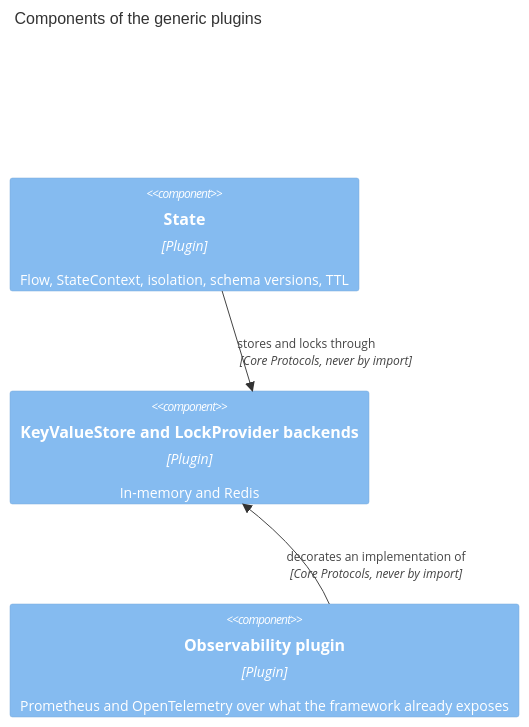
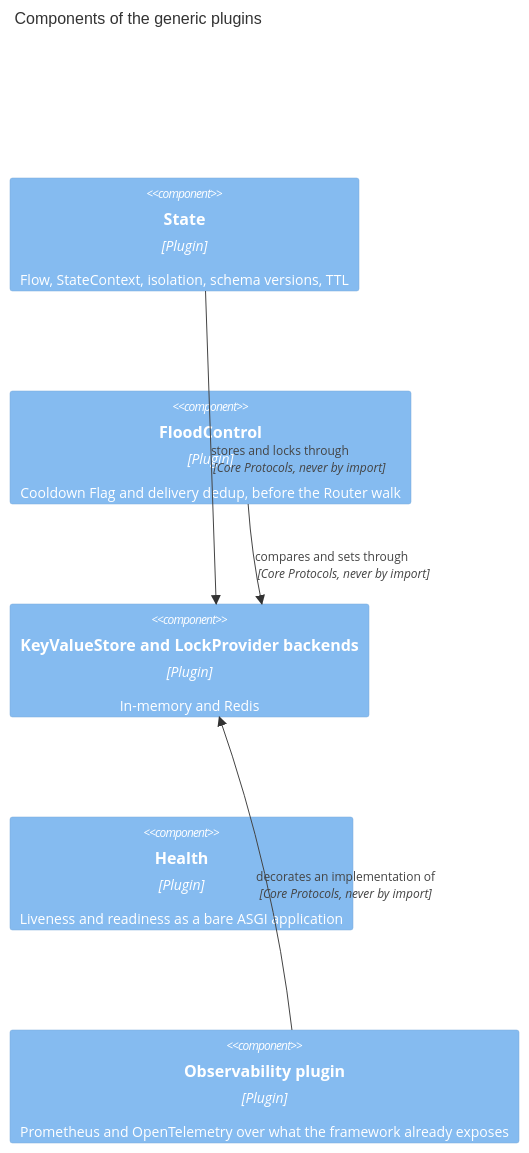
One commit to dmastapkovich/aiommbot changed the fifth of 7 diagrams in docs/design/05-building-block-view.md. Above: the diagram before and after it, drawn with Mermaid. The commit also changed other lines of this file and 31 other files, not shown here.

Commit message:
docs(boundaries): no scheduler and no reliability middlewares, a two-command console script behind the click extra, Clock as the thirteenth seam, and FloodControl and Health as generic Plugins (#30)

````diff
--- a/docs/design/05-building-block-view.md
+++ b/docs/design/05-building-block-view.md
@@ -256,9 +257,12 @@
 ```mermaid
 C4Component
     title Components of the generic plugins
     Component(state, "State", "Plugin", "Flow, StateContext, isolation, schema versions, TTL")
+    Component(flood, "FloodControl", "Plugin", "Cooldown Flag and delivery dedup, before the Router walk")
     Component(backends, "KeyValueStore and LockProvider backends", "Plugin", "In-memory and Redis")
+    Component(health, "Health", "Plugin", "Liveness and readiness as a bare ASGI application")
     Component(obs, "Observability plugin", "Plugin", "Prometheus and OpenTelemetry over what the framework already exposes")
     Rel(state, backends, "stores and locks through", "Core Protocols, never by import")
+    Rel(flood, backends, "compares and sets through", "Core Protocols, never by import")
     Rel(obs, backends, "decorates an implementation of", "Core Protocols, never by import")
 ```
````
